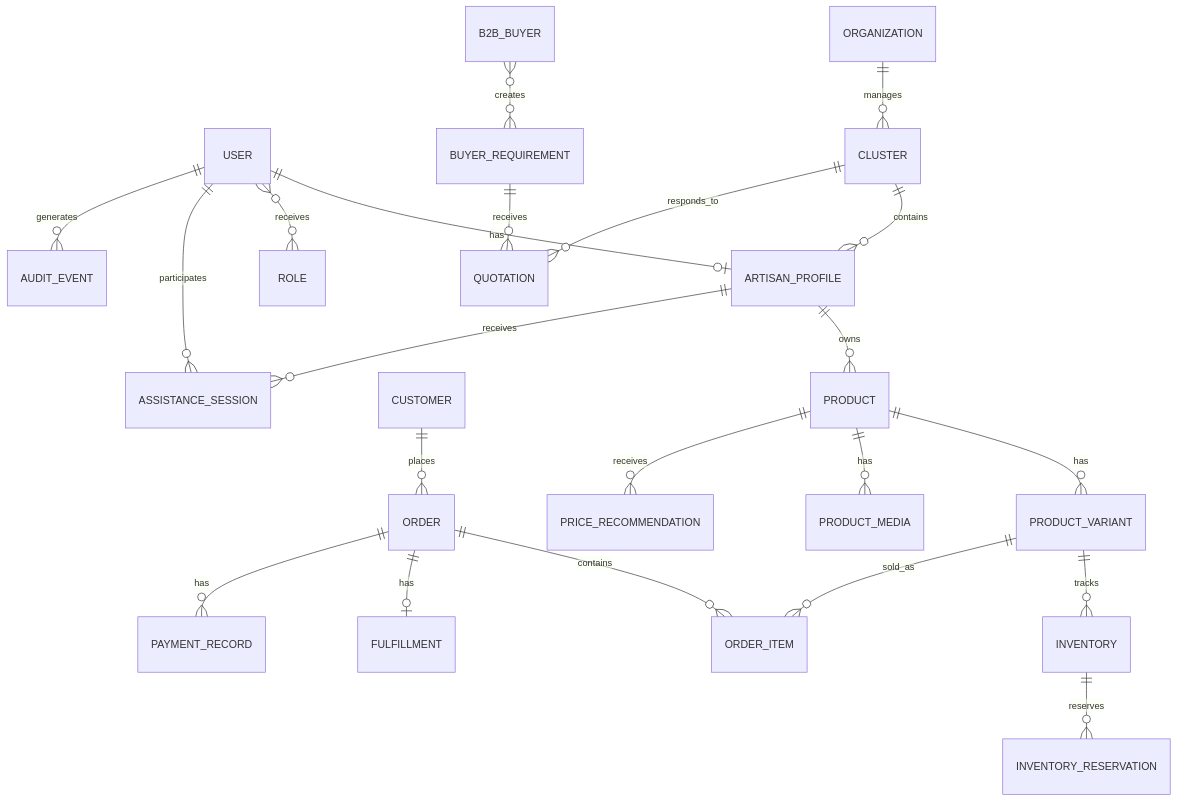
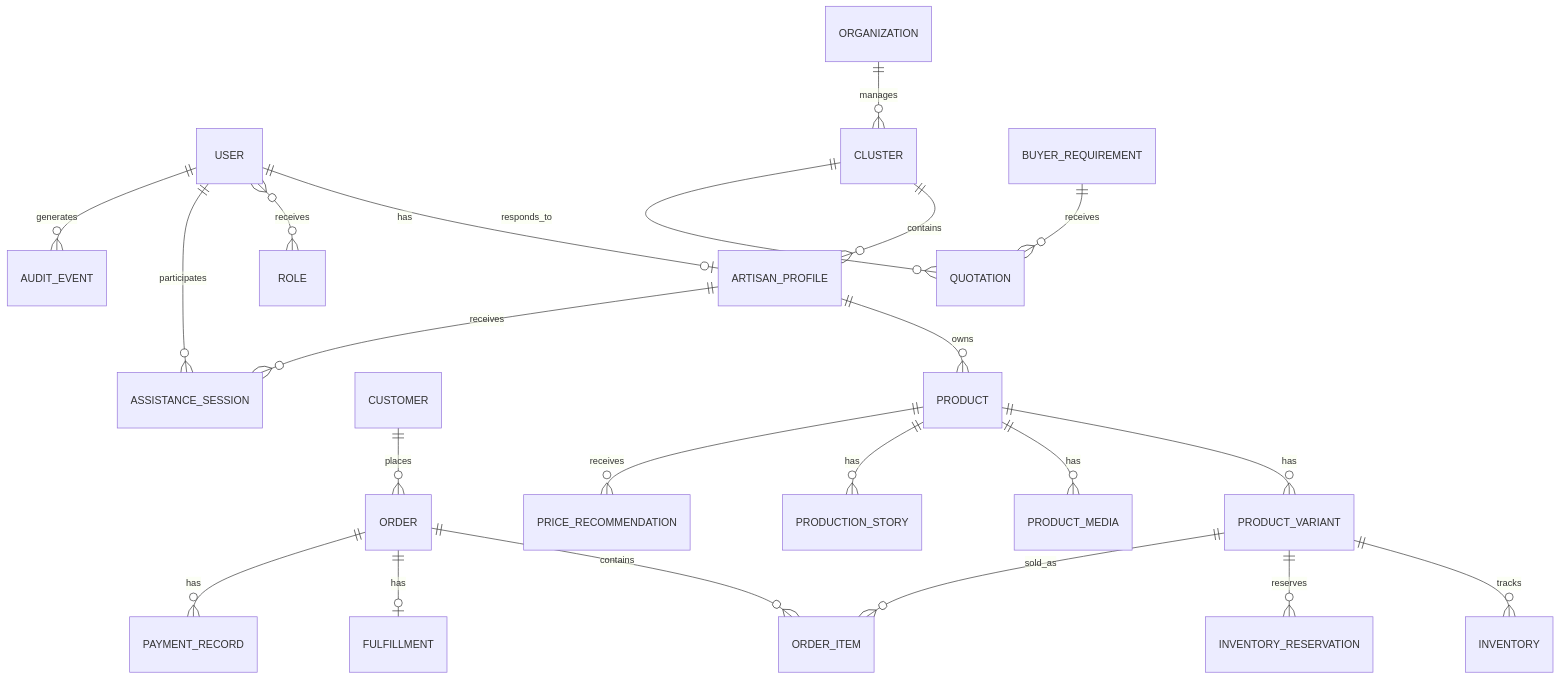
The fourth of 16 diagrams in ARCHITECTURE_26090.md (LaKsHaY5280/SIH-strat), drawn with Mermaid before and after one commit. The commit also changed other lines of this file, not shown here.

Commit message:
architecture v2

````diff
--- a/ARCHITECTURE_26090.md
+++ b/ARCHITECTURE_26090.md
@@ -460,28 +651,31 @@
 ```mermaid
- erDiagram
+erDiagram
     USER ||--o| ARTISAN_PROFILE : has
     USER }o--o{ ROLE : receives
+
     ORGANIZATION ||--o{ CLUSTER : manages
     CLUSTER ||--o{ ARTISAN_PROFILE : contains
 
     ARTISAN_PROFILE ||--o{ PRODUCT : owns
     PRODUCT ||--o{ PRODUCT_VARIANT : has
     PRODUCT ||--o{ PRODUCT_MEDIA : has
+    PRODUCT ||--o{ PRODUCTION_STORY : has
+
     PRODUCT_VARIANT ||--o{ INVENTORY : tracks
-    PRODUCT ||--o{ PRICE_RECOMMENDATION : receives
+    PRODUCT_VARIANT ||--o{ INVENTORY_RESERVATION : reserves
 
-    INVENTORY ||--o{ INVENTORY_RESERVATION : reserves
     CUSTOMER ||--o{ ORDER : places
     ORDER ||--o{ ORDER_ITEM : contains
     PRODUCT_VARIANT ||--o{ ORDER_ITEM : sold_as
     ORDER ||--o| FULFILLMENT : has
     ORDER ||--o{ PAYMENT_RECORD : has
 
-    B2B_BUYER }o--o{ BUYER_REQUIREMENT : creates
+    PRODUCT ||--o{ PRICE_RECOMMENDATION : receives
     BUYER_REQUIREMENT ||--o{ QUOTATION : receives
     CLUSTER ||--o{ QUOTATION : responds_to
 
     ARTISAN_PROFILE ||--o{ ASSISTANCE_SESSION : receives
     USER ||--o{ ASSISTANCE_SESSION : participates
+
     USER ||--o{ AUDIT_EVENT : generates
 ```
````
